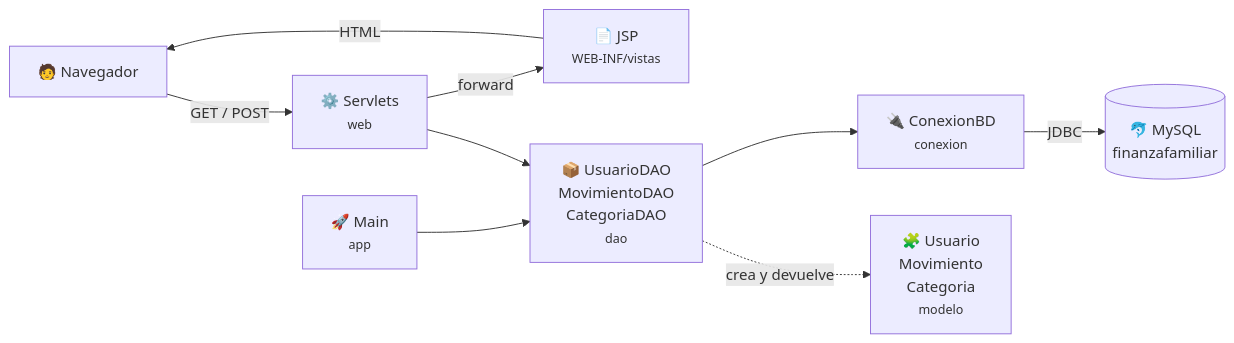
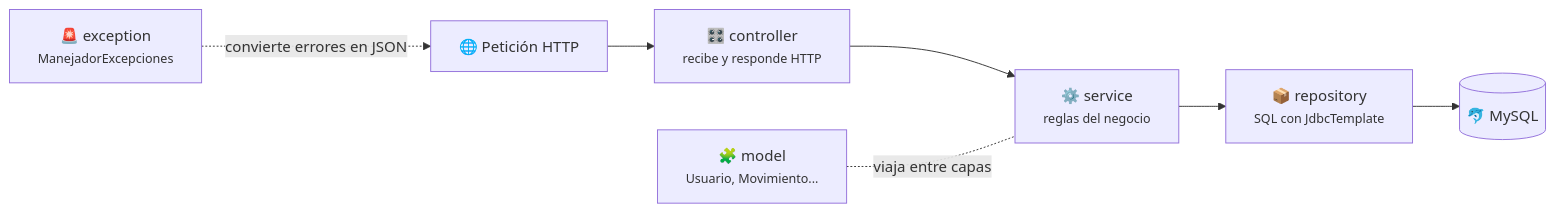
The third of 4 diagrams in README.md (moralessaiz/FinanzaFamiliarBackend), drawn with Mermaid before and after one commit. The commit also changed other lines of this file, not shown here.

First line of the commit message:
README de la API REST con Spring Boot

````diff
--- a/README.md
+++ b/README.md
@@ -507,11 +353,9 @@
 ```mermaid
 flowchart LR
-    N["🧑 Navegador"] -->|GET / POST| W["⚙️ Servlets<br/><small>web</small>"]
-    W -->|forward| V["📄 JSP<br/><small>WEB-INF/vistas</small>"]
-    V -->|HTML| N
-    A["🚀 Main<br/><small>app</small>"] --> B
-    W --> B["📦 UsuarioDAO<br/>MovimientoDAO<br/>CategoriaDAO<br/><small>dao</small>"]
-    B --> C["🔌 ConexionBD<br/><small>conexion</small>"]
-    C -->|JDBC| D[("🐬 MySQL<br/>finanzafamiliar")]
-    B -. "crea y devuelve" .-> E["🧩 Usuario<br/>Movimiento<br/>Categoria<br/><small>modelo</small>"]
+    H["🌐 Petición HTTP"] --> C["🎛️ controller<br/><small>recibe y responde HTTP</small>"]
+    C --> S["⚙️ service<br/><small>reglas del negocio</small>"]
+    S --> R["📦 repository<br/><small>SQL con JdbcTemplate</small>"]
+    R --> D[("🐬 MySQL")]
+    E["🚨 exception<br/><small>ManejadorExcepciones</small>"] -. "convierte errores en JSON" .-> H
+    M["🧩 model<br/><small>Usuario, Movimiento...</small>"] -. "viaja entre capas" .- S
 ```
````
